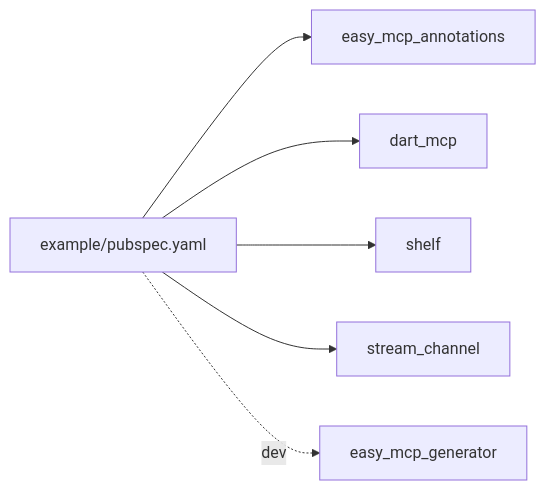
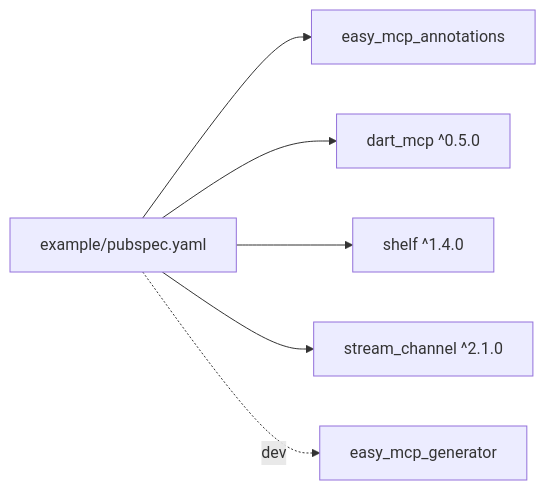
Before and after one commit to cdavis-code/easy_mcp_workspace: the sixth of 6 diagrams in .qoder/repowiki/en/content/Example Implementation/Example Project Setup and Configuration.md, drawn with Mermaid. The commit also changed other lines of this file and 13 other files, not shown here.

````diff
--- a/.qoder/repowiki/en/content/Example Implementation/Example Project Setup and Configuration.md
+++ b/.qoder/repowiki/en/content/Example Implementation/Example Project Setup and Configuration.md
@@ -243,14 +265,14 @@
 ```mermaid
 graph LR
 EX_APP["example/pubspec.yaml"]
 ANNOT["easy_mcp_annotations"]
 GEN["easy_mcp_generator"]
-DART_MCP["dart_mcp"]
-SHELF["shelf"]
-STREAM["stream_channel"]
+DART_MCP["dart_mcp ^0.5.0"]
+SHELF["shelf ^1.4.0"]
+STREAM["stream_channel ^2.1.0"]
 EX_APP --> ANNOT
 EX_APP --> DART_MCP
 EX_APP --> SHELF
 EX_APP --> STREAM
 EX_APP -.dev.-> GEN
 ```
````
